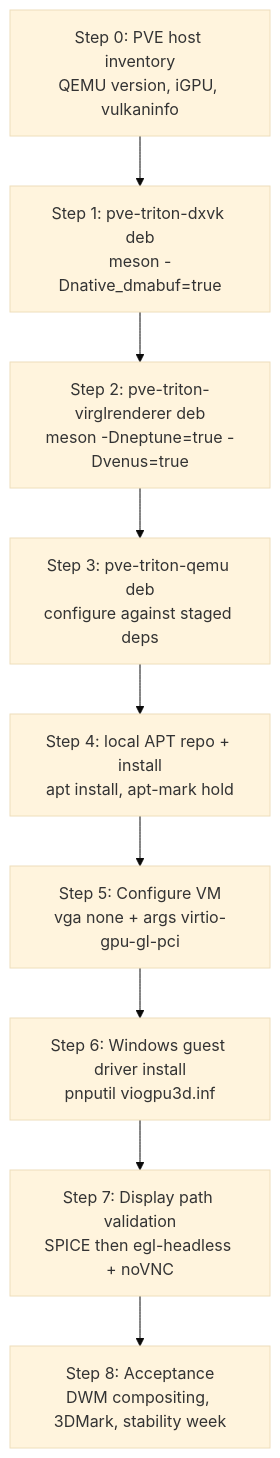
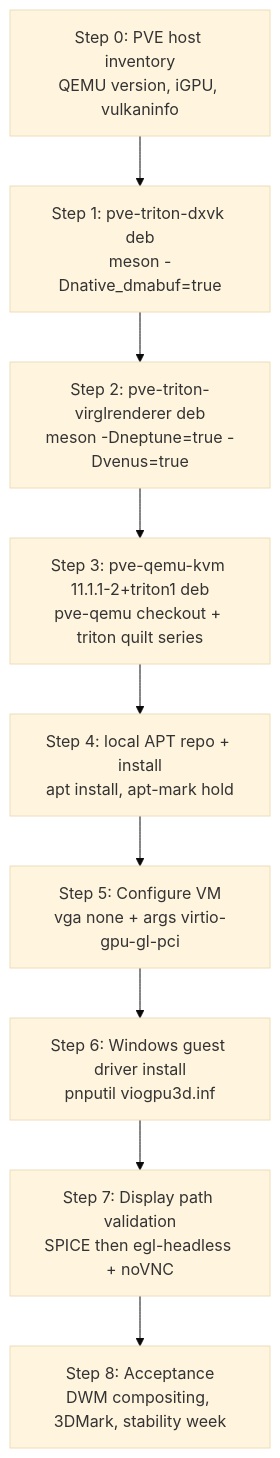
The diagram in docs/porting.md (coronas2k/pve-triton), drawn with Mermaid (base theme) before and after one commit. The commit also changed other lines of this file, not shown here.

Commit message:
docs: reflect built pve-qemu-kvm triton1 package and env-free dxvk resolution

````diff
--- a/docs/porting.md
+++ b/docs/porting.md
@@ -36,12 +36,12 @@
 ```mermaid
 flowchart TD
     p0["Step 0: PVE host inventory<br/>QEMU version, iGPU, vulkaninfo"] --> p1
     p1["Step 1: pve-triton-dxvk deb<br/>meson -Dnative_dmabuf=true"] --> p2
     p2["Step 2: pve-triton-virglrenderer deb<br/>meson -Dneptune=true -Dvenus=true"] --> p3
-    p3["Step 3: pve-triton-qemu deb<br/>configure against staged deps"] --> p4
+    p3["Step 3: pve-qemu-kvm 11.1.1-2+triton1 deb<br/>pve-qemu checkout + triton quilt series"] --> p4
     p4["Step 4: local APT repo + install<br/>apt install, apt-mark hold"] --> p5
     p5["Step 5: Configure VM<br/>vga none + args virtio-gpu-gl-pci"] --> p6
     p6["Step 6: Windows guest driver install<br/>pnputil viogpu3d.inf"] --> p7
     p7["Step 7: Display path validation<br/>SPICE then egl-headless + noVNC"] --> p8
     p8["Step 8: Acceptance<br/>DWM compositing, 3DMark, stability week"]
 ```
````
